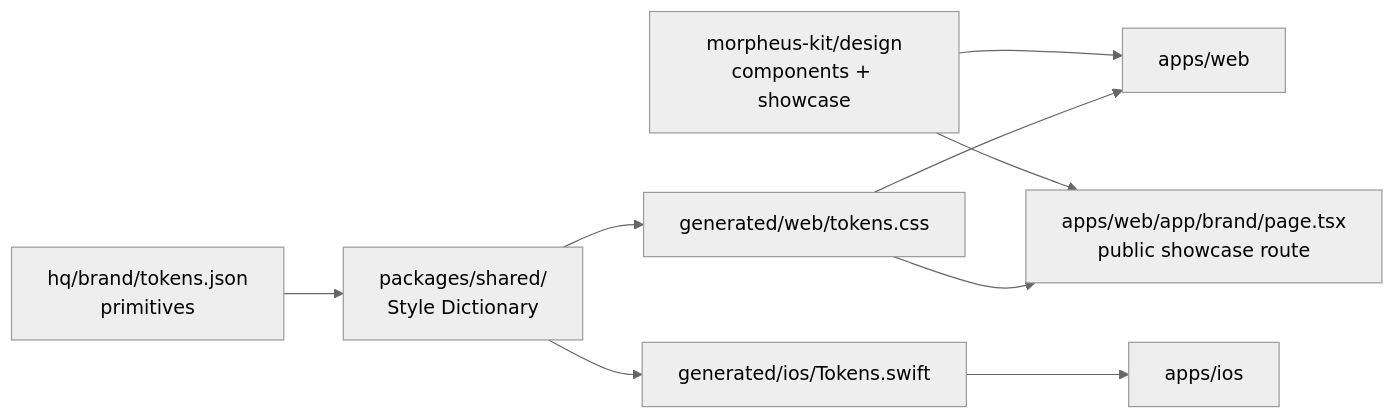
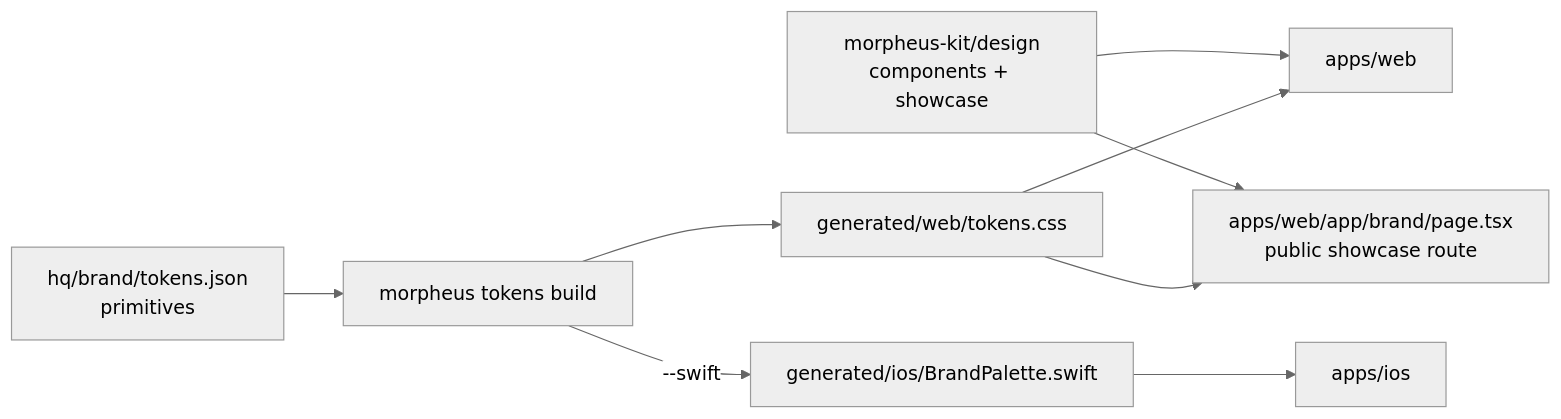
The fourth of 5 diagrams in architecture.md (cpheinrich/morpheus), drawn with Mermaid (neutral theme) before and after one commit. The commit also changed other lines of this file and 32 other files, not shown here.

First line of the commit message:
Generate opt-in adaptive Swift brand palettes (#725)

````diff
--- a/architecture.md
+++ b/architecture.md
@@ -2610,11 +2610,11 @@
 ```mermaid
 flowchart LR
-    A["hq/brand/tokens.json<br/>primitives"] --> B["packages/shared/<br/>Style Dictionary"]
+    A["hq/brand/tokens.json<br/>primitives"] --> B["morpheus tokens build"]
     B --> C["generated/web/tokens.css"]
-    B --> D["generated/ios/Tokens.swift"]
+    B -->|"--swift"| D["generated/ios/BrandPalette.swift"]
     E["morpheus-kit/design<br/>components + showcase"] --> F["apps/web"]
     C --> F
     D --> G["apps/ios"]
     E --> H["apps/web/app/brand/page.tsx<br/>public showcase route"]
     C --> H
 ```
````
